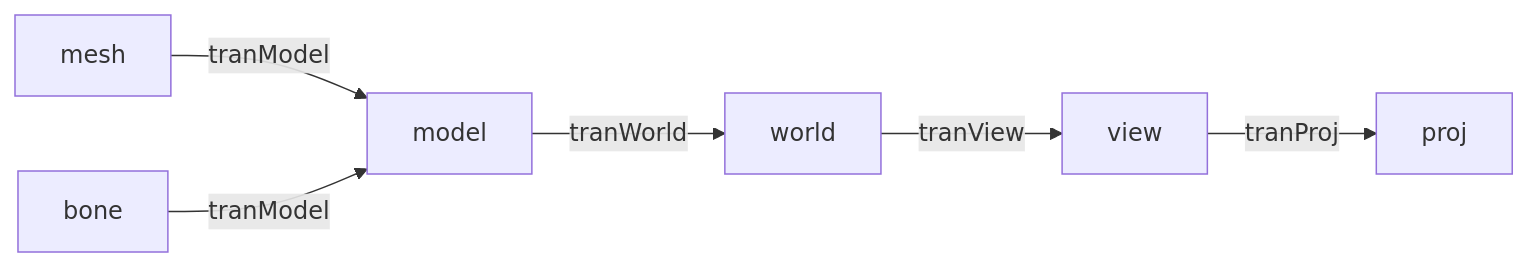
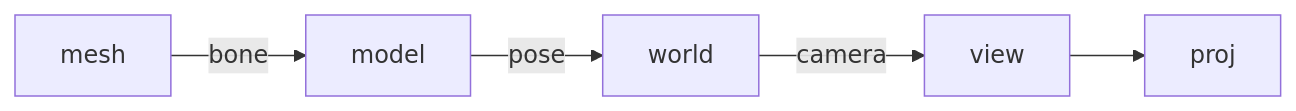
The second of 2 diagrams in src/jasmin/lo_tri/README.md (ShilianShen/Jasmin), drawn with Mermaid before and after one commit. The commit also changed other lines of this file and 15 other files, not shown here.

````diff
--- a/src/jasmin/lo_tri/README.md
+++ b/src/jasmin/lo_tri/README.md
@@ -13,6 +13,4 @@
 ```mermaid
 graph LR
-    mesh --tranModel--> model
-    bone --tranModel--> model --tranWorld--> world --tranView--> view --tranProj--> proj
-
+    mesh -- bone --> model -- pose --> world -- camera --> view --> proj
 ```
````
